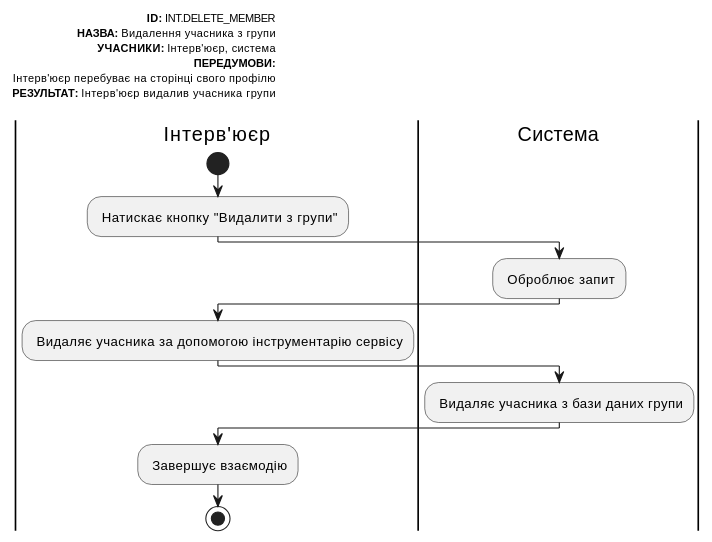
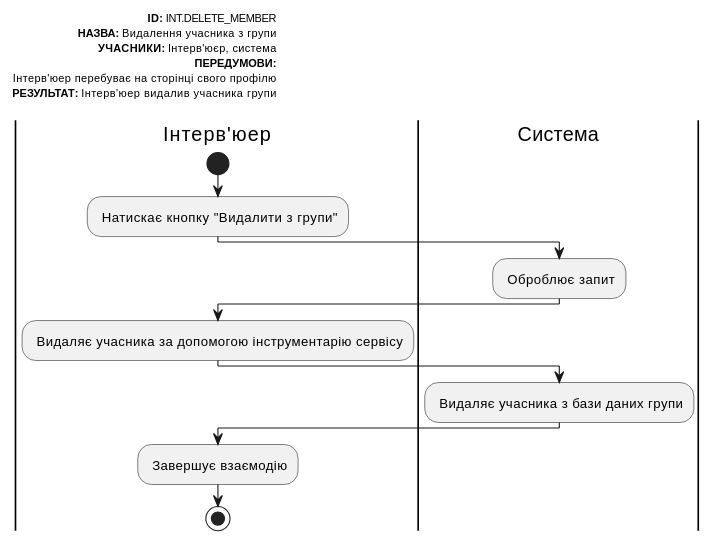
One commit to michigang1/ImForms changed diagram 17 of 22 in docs/use cases/README.md. Above: the diagram before and after it, drawn with PlantUML. The commit also changed other lines of this file, not shown here.

```diff
--- a/docs/use cases/README.md
+++ b/docs/use cases/README.md
@@ -537,28 +534,28 @@
 @startuml
 left header
 <font color=000 size=10><b>ID:</b> INT.DELETE_MEMBER
 <font color=000 size=10><b>НАЗВА:</b> Видалення учасника з групи
 <font color=000 size=10><b>УЧАСНИКИ:</b> Інтерв'юєр, система  
 <font color=000 size=10><b>ПЕРЕДУМОВИ:</b>
-<font color=000 size=10> Інтерв'юєр перебуває на сторінці свого профілю
-<font color=000 size=10><b>РЕЗУЛЬТАТ:</b> Інтерв'юєр видалив учасника групи
+<font color=000 size=10> Інтерв'юер перебуває на сторінці свого профілю
+<font color=000 size=10><b>РЕЗУЛЬТАТ:</b> Інтерв'юер видалив учасника групи
 
 end header
 
-|Інтерв'юєр|
+|Інтерв'юер|
         start
         : Натискає кнопку "Видалити з групи";
 
 |Система|
         : Оброблює запит;
 
-|Інтерв'юєр|
+|Інтерв'юер|
         : Видаляє учасника за допомогою інструментарію сервісу;
 
 |Система|
         : Видаляє учасника з бази даних групи;
 
-|Інтерв'юєр|
+|Інтерв'юер|
         : Завершує взаємодію;
         stop;
 @enduml
```
